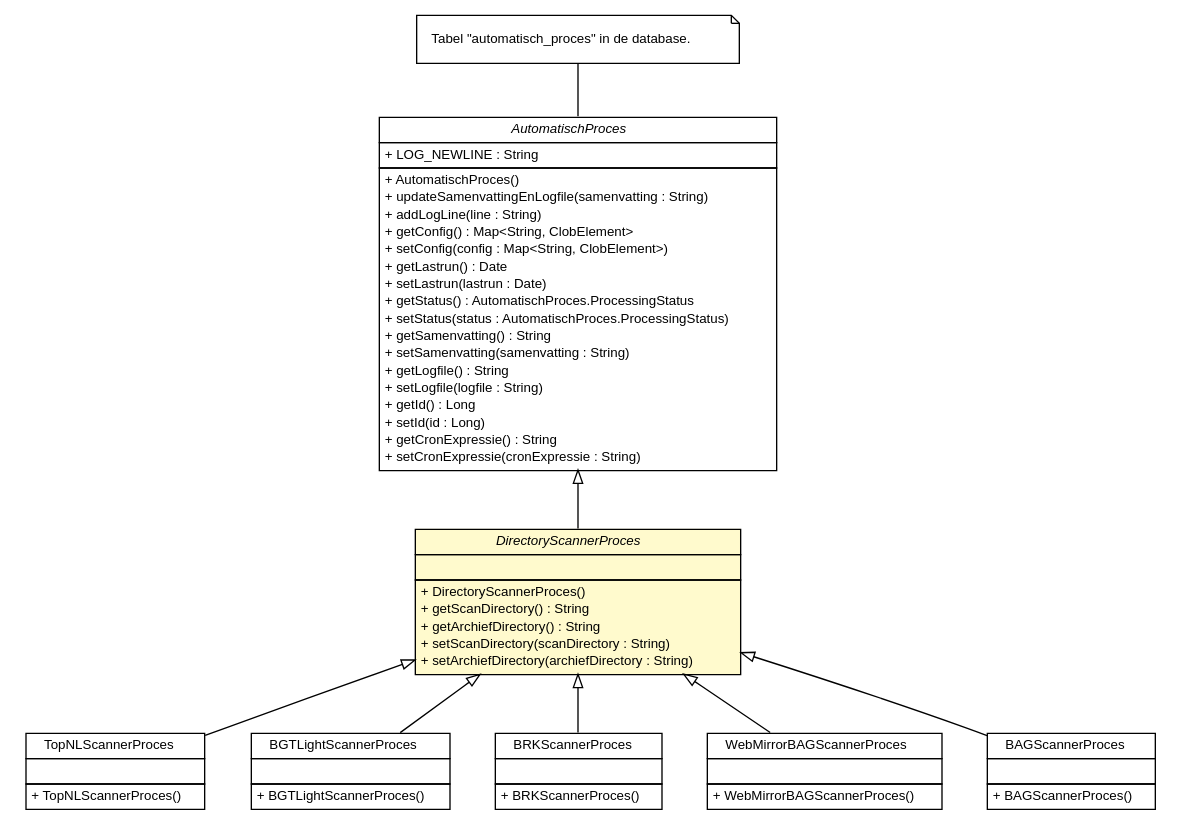
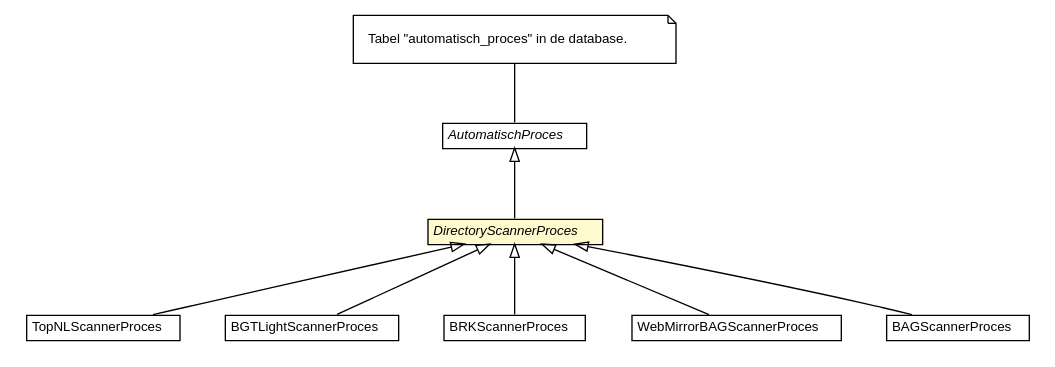
Before and after one commit to B3Partners/brmo: the diagram in brmo-persistence/apidocs/nl/b3p/brmo/persistence/staging/DirectoryScannerProces.dot, drawn with Graphviz. The commit also changed 252 other files, not shown here.

```diff
--- a/brmo-persistence/apidocs/nl/b3p/brmo/persistence/staging/DirectoryScannerProces.dot
+++ b/brmo-persistence/apidocs/nl/b3p/brmo/persistence/staging/DirectoryScannerProces.dot
@@ -1,135 +1,73 @@
 #!/usr/local/bin/dot
 #
 # Class diagram 
 # Generated by UMLGraph version R5_6-24-gf6e263 (http://www.umlgraph.org/)
 #
 
 digraph G {
 	edge [fontname="Helvetica",fontsize=10,labelfontname="Helvetica",labelfontsize=10];
 	node [fontname="Helvetica",fontsize=10,shape=plaintext];
 	nodesep=0.25;
 	ranksep=0.5;
 	// nl.b3p.brmo.persistence.staging.TopNLScannerProces
-	c367 [label=<<table title="nl.b3p.brmo.persistence.staging.TopNLScannerProces" border="0" cellborder="1" cellspacing="0" cellpadding="2" port="p" href="./TopNLScannerProces.html">
+	c364 [label=<<table title="nl.b3p.brmo.persistence.staging.TopNLScannerProces" border="0" cellborder="1" cellspacing="0" cellpadding="2" port="p" href="./TopNLScannerProces.html">
 		<tr><td><table border="0" cellspacing="0" cellpadding="1">
 <tr><td align="center" balign="center"> TopNLScannerProces </td></tr>
 		</table></td></tr>
-		<tr><td><table border="0" cellspacing="0" cellpadding="1">
-<tr><td align="left" balign="left">  </td></tr>
-		</table></td></tr>
-		<tr><td><table border="0" cellspacing="0" cellpadding="1">
-<tr><td align="left" balign="left"> + TopNLScannerProces() </td></tr>
-		</table></td></tr>
 		</table>>, URL="./TopNLScannerProces.html", fontname="Helvetica", fontcolor="black", fontsize=10.0];
 	// nl.b3p.brmo.persistence.staging.BGTLightScannerProces
-	c368 [label=<<table title="nl.b3p.brmo.persistence.staging.BGTLightScannerProces" border="0" cellborder="1" cellspacing="0" cellpadding="2" port="p" href="./BGTLightScannerProces.html">
+	c365 [label=<<table title="nl.b3p.brmo.persistence.staging.BGTLightScannerProces" border="0" cellborder="1" cellspacing="0" cellpadding="2" port="p" href="./BGTLightScannerProces.html">
 		<tr><td><table border="0" cellspacing="0" cellpadding="1">
 <tr><td align="center" balign="center"> BGTLightScannerProces </td></tr>
 		</table></td></tr>
-		<tr><td><table border="0" cellspacing="0" cellpadding="1">
-<tr><td align="left" balign="left">  </td></tr>
-		</table></td></tr>
-		<tr><td><table border="0" cellspacing="0" cellpadding="1">
-<tr><td align="left" balign="left"> + BGTLightScannerProces() </td></tr>
-		</table></td></tr>
 		</table>>, URL="./BGTLightScannerProces.html", fontname="Helvetica", fontcolor="black", fontsize=10.0];
 	// nl.b3p.brmo.persistence.staging.AutomatischProces
-	c369 [label=<<table title="nl.b3p.brmo.persistence.staging.AutomatischProces" border="0" cellborder="1" cellspacing="0" cellpadding="2" port="p" href="./AutomatischProces.html">
+	c366 [label=<<table title="nl.b3p.brmo.persistence.staging.AutomatischProces" border="0" cellborder="1" cellspacing="0" cellpadding="2" port="p" href="./AutomatischProces.html">
 		<tr><td><table border="0" cellspacing="0" cellpadding="1">
 <tr><td align="center" balign="center"><font face="Helvetica-Oblique"> AutomatischProces </font></td></tr>
 		</table></td></tr>
-		<tr><td><table border="0" cellspacing="0" cellpadding="1">
-<tr><td align="left" balign="left"> + LOG_NEWLINE : String </td></tr>
-		</table></td></tr>
-		<tr><td><table border="0" cellspacing="0" cellpadding="1">
-<tr><td align="left" balign="left"> + AutomatischProces() </td></tr>
-<tr><td align="left" balign="left"> + updateSamenvattingEnLogfile(samenvatting : String) </td></tr>
-<tr><td align="left" balign="left"> + addLogLine(line : String) </td></tr>
-<tr><td align="left" balign="left"> + getConfig() : Map&lt;String, ClobElement&gt; </td></tr>
-<tr><td align="left" balign="left"> + setConfig(config : Map&lt;String, ClobElement&gt;) </td></tr>
-<tr><td align="left" balign="left"> + getLastrun() : Date </td></tr>
-<tr><td align="left" balign="left"> + setLastrun(lastrun : Date) </td></tr>
-<tr><td align="left" balign="left"> + getStatus() : AutomatischProces.ProcessingStatus </td></tr>
-<tr><td align="left" balign="left"> + setStatus(status : AutomatischProces.ProcessingStatus) </td></tr>
-<tr><td align="left" balign="left"> + getSamenvatting() : String </td></tr>
-<tr><td align="left" balign="left"> + setSamenvatting(samenvatting : String) </td></tr>
-<tr><td align="left" balign="left"> + getLogfile() : String </td></tr>
-<tr><td align="left" balign="left"> + setLogfile(logfile : String) </td></tr>
-<tr><td align="left" balign="left"> + getId() : Long </td></tr>
-<tr><td align="left" balign="left"> + setId(id : Long) </td></tr>
-<tr><td align="left" balign="left"> + getCronExpressie() : String </td></tr>
-<tr><td align="left" balign="left"> + setCronExpressie(cronExpressie : String) </td></tr>
-		</table></td></tr>
 		</table>>, URL="./AutomatischProces.html", fontname="Helvetica", fontcolor="black", fontsize=10.0];
 	// Note annotation
-	n0cc369 [label=<<table title="nl.b3p.brmo.persistence.staging.AutomatischProces" border="0" cellborder="0" cellspacing="0" cellpadding="2" port="p" href="./AutomatischProces.html">
+	n0cc366 [label=<<table title="nl.b3p.brmo.persistence.staging.AutomatischProces" border="0" cellborder="0" cellspacing="0" cellpadding="2" port="p" href="./AutomatischProces.html">
 		<tr><td><table border="0" cellspacing="0" cellpadding="1">
 <tr><td align="left" balign="left"> Tabel "automatisch_proces" in de database. </td></tr>
 		</table></td></tr>
 		</table>>, fontname="Helvetica", fontcolor="black", fontsize=10.0, shape=note];
-	n0cc369 -> c369:p[arrowhead=none];
+	n0cc366 -> c366:p[arrowhead=none];
 	// nl.b3p.brmo.persistence.staging.BRKScannerProces
-	c374 [label=<<table title="nl.b3p.brmo.persistence.staging.BRKScannerProces" border="0" cellborder="1" cellspacing="0" cellpadding="2" port="p" href="./BRKScannerProces.html">
+	c371 [label=<<table title="nl.b3p.brmo.persistence.staging.BRKScannerProces" border="0" cellborder="1" cellspacing="0" cellpadding="2" port="p" href="./BRKScannerProces.html">
 		<tr><td><table border="0" cellspacing="0" cellpadding="1">
 <tr><td align="center" balign="center"> BRKScannerProces </td></tr>
 		</table></td></tr>
-		<tr><td><table border="0" cellspacing="0" cellpadding="1">
-<tr><td align="left" balign="left">  </td></tr>
-		</table></td></tr>
-		<tr><td><table border="0" cellspacing="0" cellpadding="1">
-<tr><td align="left" balign="left"> + BRKScannerProces() </td></tr>
-		</table></td></tr>
 		</table>>, URL="./BRKScannerProces.html", fontname="Helvetica", fontcolor="black", fontsize=10.0];
 	// nl.b3p.brmo.persistence.staging.WebMirrorBAGScannerProces
-	c379 [label=<<table title="nl.b3p.brmo.persistence.staging.WebMirrorBAGScannerProces" border="0" cellborder="1" cellspacing="0" cellpadding="2" port="p" href="./WebMirrorBAGScannerProces.html">
+	c376 [label=<<table title="nl.b3p.brmo.persistence.staging.WebMirrorBAGScannerProces" border="0" cellborder="1" cellspacing="0" cellpadding="2" port="p" href="./WebMirrorBAGScannerProces.html">
 		<tr><td><table border="0" cellspacing="0" cellpadding="1">
 <tr><td align="center" balign="center"> WebMirrorBAGScannerProces </td></tr>
 		</table></td></tr>
-		<tr><td><table border="0" cellspacing="0" cellpadding="1">
-<tr><td align="left" balign="left">  </td></tr>
-		</table></td></tr>
-		<tr><td><table border="0" cellspacing="0" cellpadding="1">
-<tr><td align="left" balign="left"> + WebMirrorBAGScannerProces() </td></tr>
-		</table></td></tr>
 		</table>>, URL="./WebMirrorBAGScannerProces.html", fontname="Helvetica", fontcolor="black", fontsize=10.0];
 	// nl.b3p.brmo.persistence.staging.DirectoryScannerProces
-	c381 [label=<<table title="nl.b3p.brmo.persistence.staging.DirectoryScannerProces" border="0" cellborder="1" cellspacing="0" cellpadding="2" port="p" bgcolor="lemonChiffon" href="./DirectoryScannerProces.html">
+	c378 [label=<<table title="nl.b3p.brmo.persistence.staging.DirectoryScannerProces" border="0" cellborder="1" cellspacing="0" cellpadding="2" port="p" bgcolor="lemonChiffon" href="./DirectoryScannerProces.html">
 		<tr><td><table border="0" cellspacing="0" cellpadding="1">
 <tr><td align="center" balign="center"><font face="Helvetica-Oblique"> DirectoryScannerProces </font></td></tr>
 		</table></td></tr>
-		<tr><td><table border="0" cellspacing="0" cellpadding="1">
-<tr><td align="left" balign="left">  </td></tr>
-		</table></td></tr>
-		<tr><td><table border="0" cellspacing="0" cellpadding="1">
-<tr><td align="left" balign="left"> + DirectoryScannerProces() </td></tr>
-<tr><td align="left" balign="left"> + getScanDirectory() : String </td></tr>
-<tr><td align="left" balign="left"> + getArchiefDirectory() : String </td></tr>
-<tr><td align="left" balign="left"> + setScanDirectory(scanDirectory : String) </td></tr>
-<tr><td align="left" balign="left"> + setArchiefDirectory(archiefDirectory : String) </td></tr>
-		</table></td></tr>
 		</table>>, URL="./DirectoryScannerProces.html", fontname="Helvetica", fontcolor="black", fontsize=10.0];
 	// nl.b3p.brmo.persistence.staging.BAGScannerProces
-	c385 [label=<<table title="nl.b3p.brmo.persistence.staging.BAGScannerProces" border="0" cellborder="1" cellspacing="0" cellpadding="2" port="p" href="./BAGScannerProces.html">
+	c382 [label=<<table title="nl.b3p.brmo.persistence.staging.BAGScannerProces" border="0" cellborder="1" cellspacing="0" cellpadding="2" port="p" href="./BAGScannerProces.html">
 		<tr><td><table border="0" cellspacing="0" cellpadding="1">
 <tr><td align="center" balign="center"> BAGScannerProces </td></tr>
 		</table></td></tr>
-		<tr><td><table border="0" cellspacing="0" cellpadding="1">
-<tr><td align="left" balign="left">  </td></tr>
-		</table></td></tr>
-		<tr><td><table border="0" cellspacing="0" cellpadding="1">
-<tr><td align="left" balign="left"> + BAGScannerProces() </td></tr>
-		</table></td></tr>
 		</table>>, URL="./BAGScannerProces.html", fontname="Helvetica", fontcolor="black", fontsize=10.0];
 	//nl.b3p.brmo.persistence.staging.TopNLScannerProces extends nl.b3p.brmo.persistence.staging.DirectoryScannerProces
-	c381:p -> c367:p [dir=back,arrowtail=empty];
+	c378:p -> c364:p [dir=back,arrowtail=empty];
 	//nl.b3p.brmo.persistence.staging.BGTLightScannerProces extends nl.b3p.brmo.persistence.staging.DirectoryScannerProces
-	c381:p -> c368:p [dir=back,arrowtail=empty];
+	c378:p -> c365:p [dir=back,arrowtail=empty];
 	//nl.b3p.brmo.persistence.staging.BRKScannerProces extends nl.b3p.brmo.persistence.staging.DirectoryScannerProces
-	c381:p -> c374:p [dir=back,arrowtail=empty];
+	c378:p -> c371:p [dir=back,arrowtail=empty];
 	//nl.b3p.brmo.persistence.staging.WebMirrorBAGScannerProces extends nl.b3p.brmo.persistence.staging.DirectoryScannerProces
-	c381:p -> c379:p [dir=back,arrowtail=empty];
+	c378:p -> c376:p [dir=back,arrowtail=empty];
 	//nl.b3p.brmo.persistence.staging.DirectoryScannerProces extends nl.b3p.brmo.persistence.staging.AutomatischProces
-	c369:p -> c381:p [dir=back,arrowtail=empty];
+	c366:p -> c378:p [dir=back,arrowtail=empty];
 	//nl.b3p.brmo.persistence.staging.BAGScannerProces extends nl.b3p.brmo.persistence.staging.DirectoryScannerProces
-	c381:p -> c385:p [dir=back,arrowtail=empty];
+	c378:p -> c382:p [dir=back,arrowtail=empty];
 }
```
